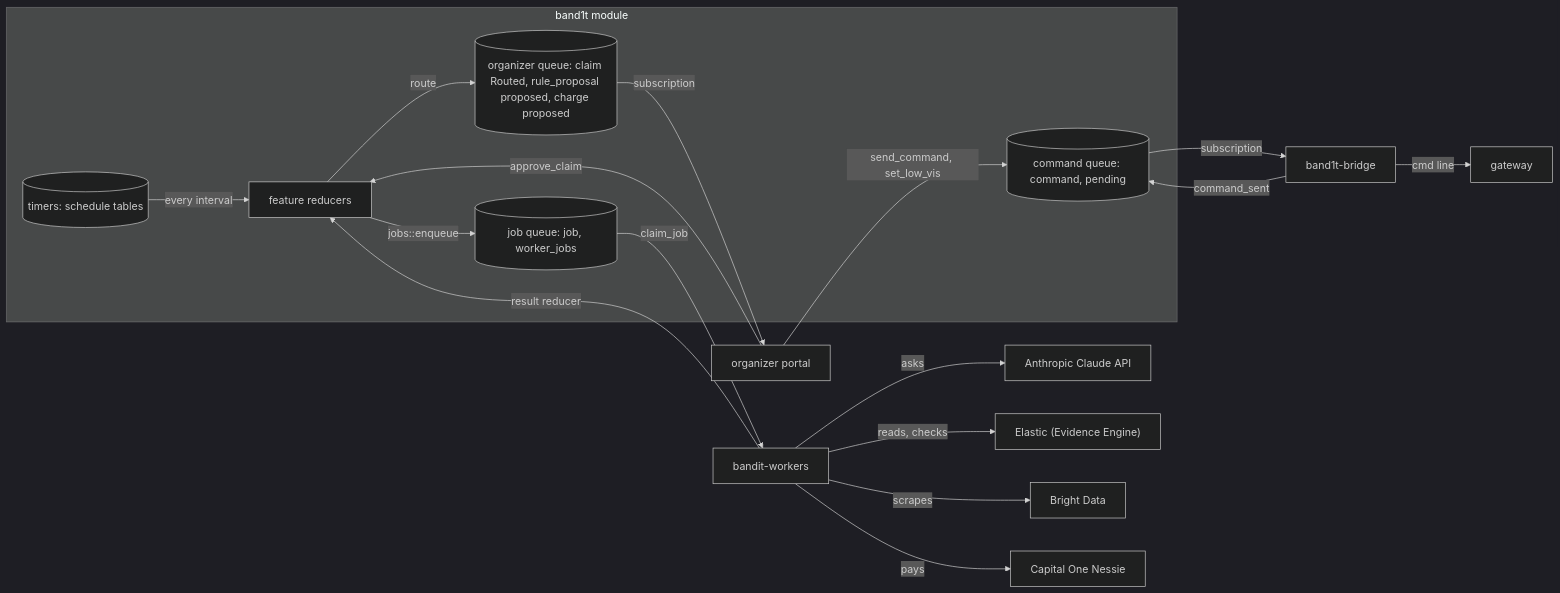
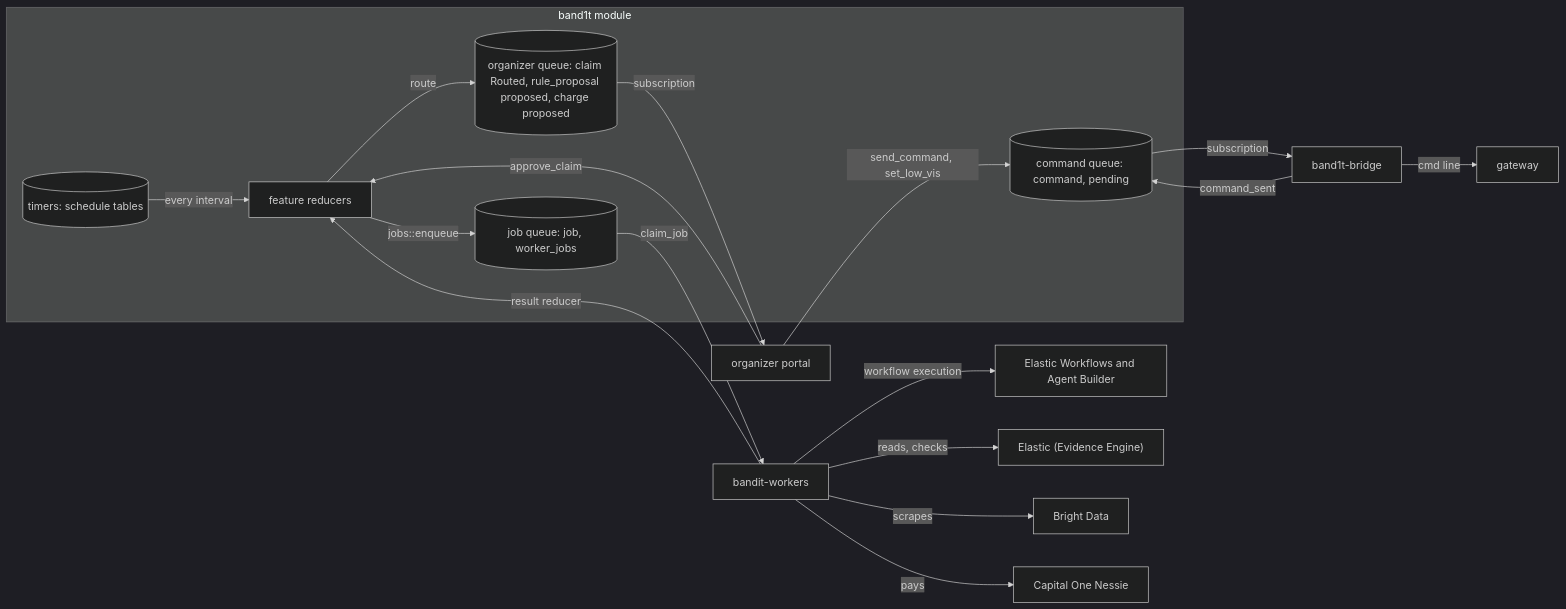
One commit to viktorinkov/cal-hacks-13 changed the fourth of 6 diagrams in System Design/1-overview/Architecture.md. Above: the diagram before and after it, drawn with Mermaid (dark theme). The commit also changed other lines of this file and 50 other files, not shown here.

````diff
--- a/System Design/1-overview/Architecture.md
+++ b/System Design/1-overview/Architecture.md
@@ -317,25 +319,25 @@
 ```mermaid
 flowchart LR
   subgraph Module["band1t module"]
     Features["feature reducers"]
     Job[("job queue: job, worker_jobs")]
     Cmd[("command queue: command, pending")]
     Org[("organizer queue: claim Routed, rule_proposal proposed, charge proposed")]
     Timers[("timers: schedule tables")]
   end
   Features -->|"jobs::enqueue"| Job
   Job -->|claim_job| Workers["bandit-workers"]
-  Workers -->|asks| Claude["Anthropic Claude API"]
+  Workers -->|"workflow execution"| Workflows["Elastic Workflows and Agent Builder"]
   Workers -->|reads, checks| Elastic["Elastic (Evidence Engine)"]
   Workers -->|scrapes| BrightData["Bright Data"]
   Workers -->|pays| Nessie["Capital One Nessie"]
   Workers -->|result reducer| Features
   Portal["organizer portal"] -->|send_command, set_low_vis| Cmd
   Cmd -->|subscription| Bridge["band1t-bridge"]
   Bridge -->|cmd line| Gateway["gateway"]
   Bridge -->|command_sent| Cmd
   Features -->|route| Org
   Org -->|subscription| Portal
   Portal -->|approve_claim| Features
   Timers -->|every interval| Features
 ```
````
